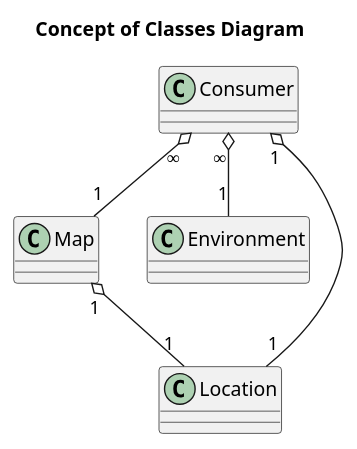
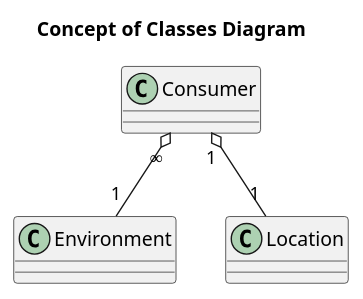
Before and after one commit to oleksandrblazhko/ai204-maksimenko: the diagram in 2-SoftwareDesign/2.7-PlantUML/UML-ConceptClasses.puml, drawn with PlantUML.

```diff
--- a/2-SoftwareDesign/2.7-PlantUML/UML-ConceptClasses.puml
+++ b/2-SoftwareDesign/2.7-PlantUML/UML-ConceptClasses.puml
@@ -1,14 +1,12 @@
 @startuml
 title Concept of Classes Diagram 
 
-Class Map
+
 Class Consumer
 Class Environment
 Class Location
 
 
 Consumer"1" o-- "1"Location
 Consumer"∞" o-- "1"Environment
-Map"1" o-- "1"Location
-Consumer"∞" o-- "1"Map
 @enduml
```
